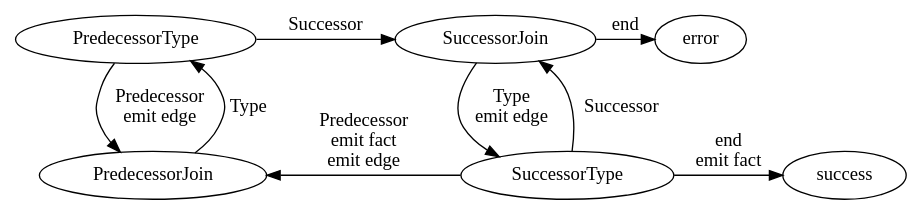
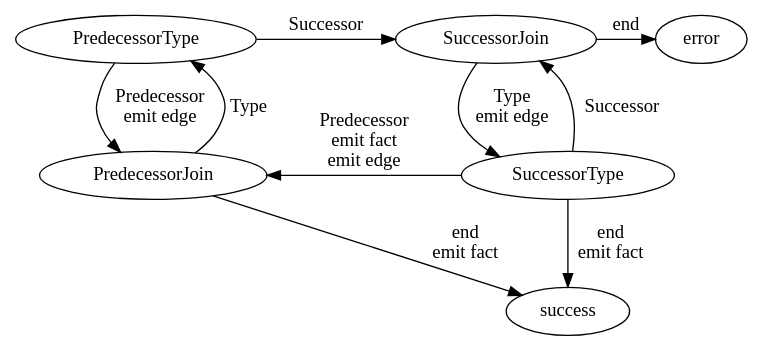
One commit to jinaga/jinaga.js changed the diagram in docs/sql-generator.gv. Above: the diagram before and after it, drawn with Graphviz. The commit also changed 2 other files, not shown here.

Commit message:
Parse a predecessor query with no type

```diff
--- a/docs/sql-generator.gv
+++ b/docs/sql-generator.gv
@@ -1,14 +1,15 @@
 digraph {
     PredecessorType -> PredecessorJoin [label="Predecessor\nemit edge"]
     PredecessorJoin -> PredecessorType [label="Type"]
     PredecessorType -> SuccessorJoin [label="Successor" constraint=false]
 
     SuccessorType -> SuccessorJoin [label="Successor"]
     SuccessorJoin -> SuccessorType [label="Type\nemit edge"]
     SuccessorType -> PredecessorJoin [label="Predecessor\nemit fact\nemit edge" constraint=false]
 
     SuccessorJoin -> error [label="end" constraint=false]
     SuccessorType -> success [label="end\nemit fact"]
+    PredecessorJoin -> success [label="end\nemit fact" constraint=false]
 
-    {rank=same; SuccessorType; success }
+    // {rank=same; SuccessorType; success }
 }
```
